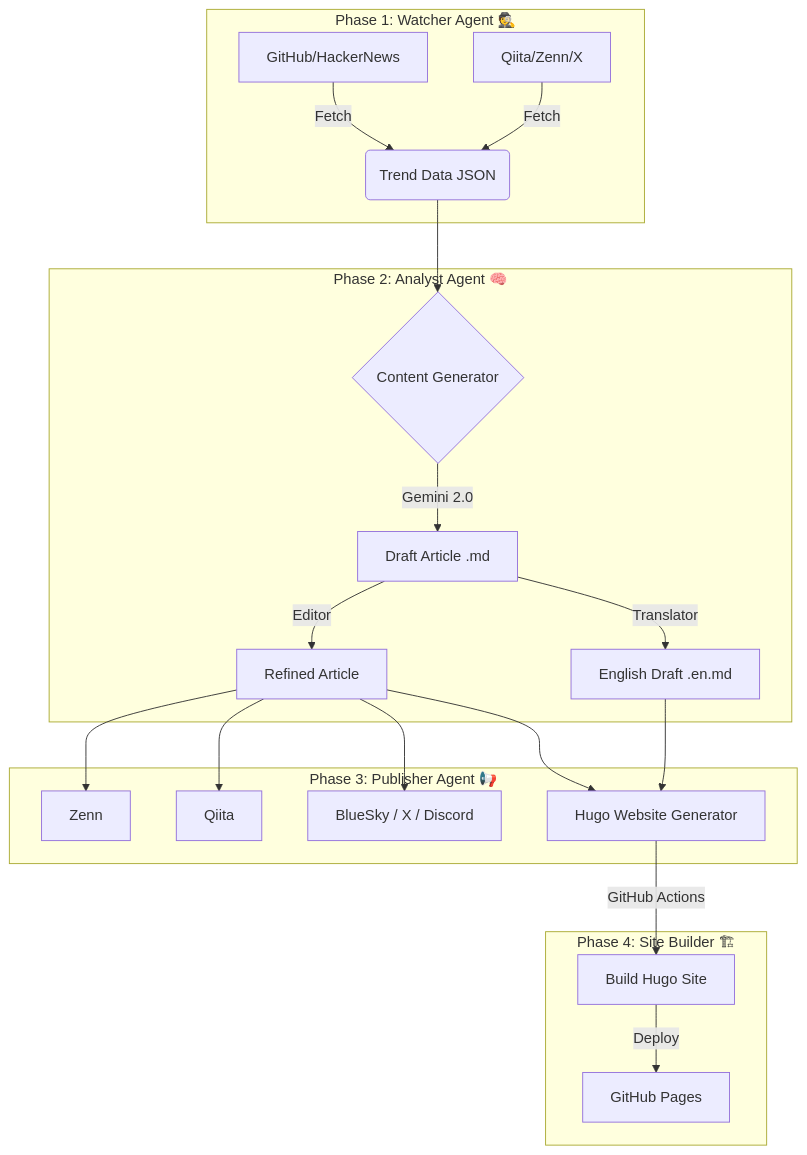
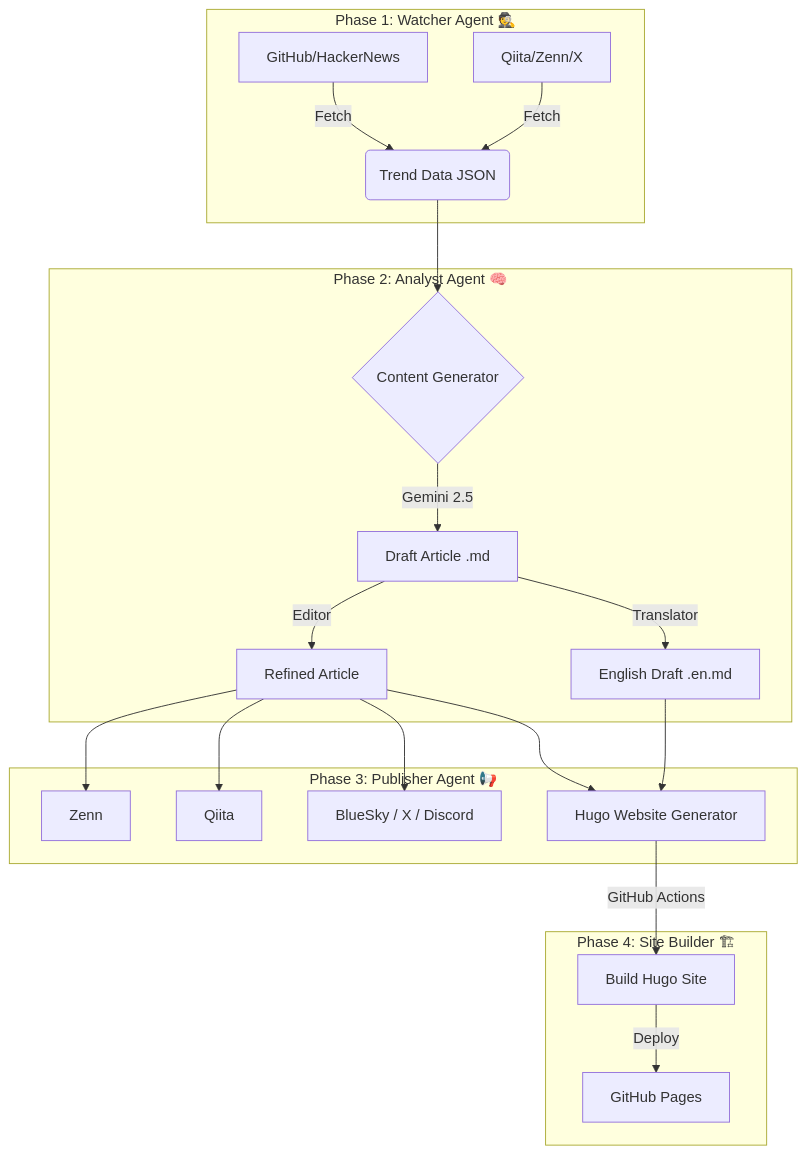
The diagram in README.md (shironaganegi/TechTrend), drawn with Mermaid before and after one commit. The commit also changed other lines of this file and 1 other file, not shown here.

Commit message:
fix: Geminiモデルを2.5系へ更新しワークフロー失敗を修正
GitHub Actionsで記事生成が429(RESOURCE_EXHAUSTED, free tier limit:0)で
全滅しexit 1になっていた。gemini-2.0-flash系は無料枠が廃止されたため、
現行で利用可能な gemini-2.5-flash / 2.5-flash-lite へ更新。

````diff
--- a/README.md
+++ b/README.md
@@ -27,26 +27,26 @@
 ```mermaid
 graph TD
     subgraph "Phase 1: Watcher Agent 🕵️"
         A[GitHub/HackerNews] -->|Fetch| B(Trend Data JSON)
         C[Qiita/Zenn/X] -->|Fetch| B
     end
     
     subgraph "Phase 2: Analyst Agent 🧠"
         B --> D{Content Generator}
-        D -->|Gemini 2.0| E[Draft Article .md]
+        D -->|Gemini 2.5| E[Draft Article .md]
         E -->|Editor| F[Refined Article]
         E -->|Translator| G[English Draft .en.md]
     end
     
     subgraph "Phase 3: Publisher Agent 📢"
         F --> H[Zenn]
         F --> I[Qiita]
         F --> J[BlueSky / X / Discord]
         F & G --> K[Hugo Website Generator]
     end
     
     subgraph "Phase 4: Site Builder 🏗"
         K -->|GitHub Actions| L[Build Hugo Site]
         L -->|Deploy| M[GitHub Pages]
     end
 ```
````
